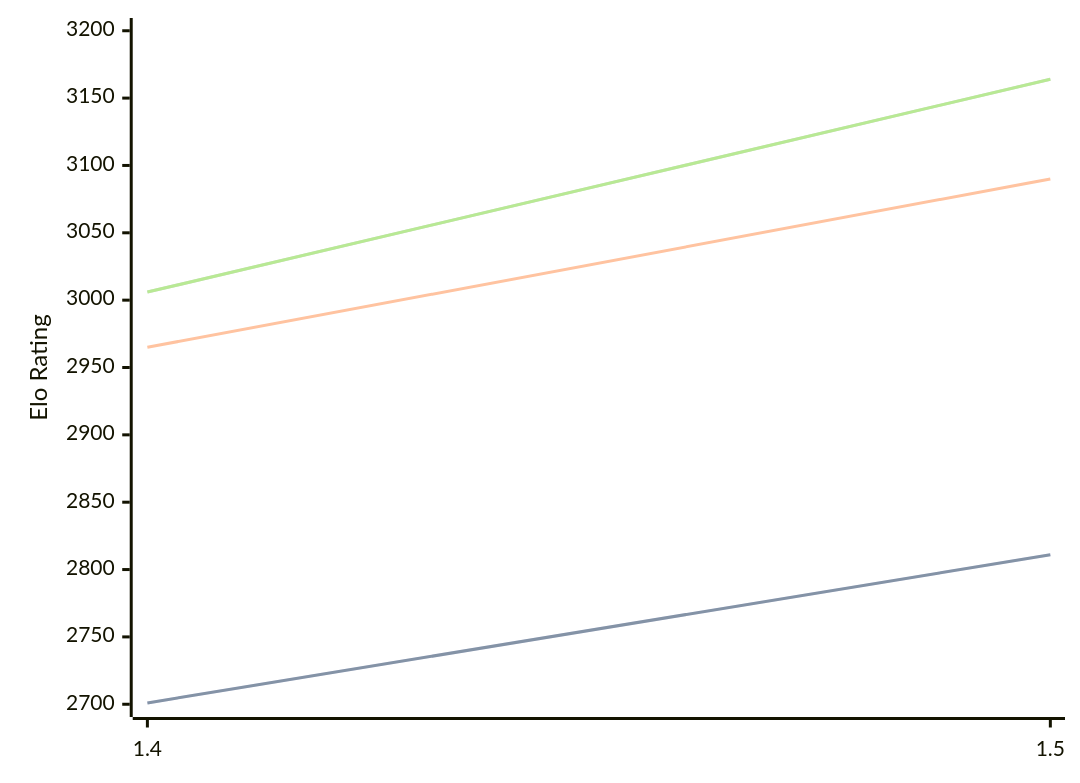
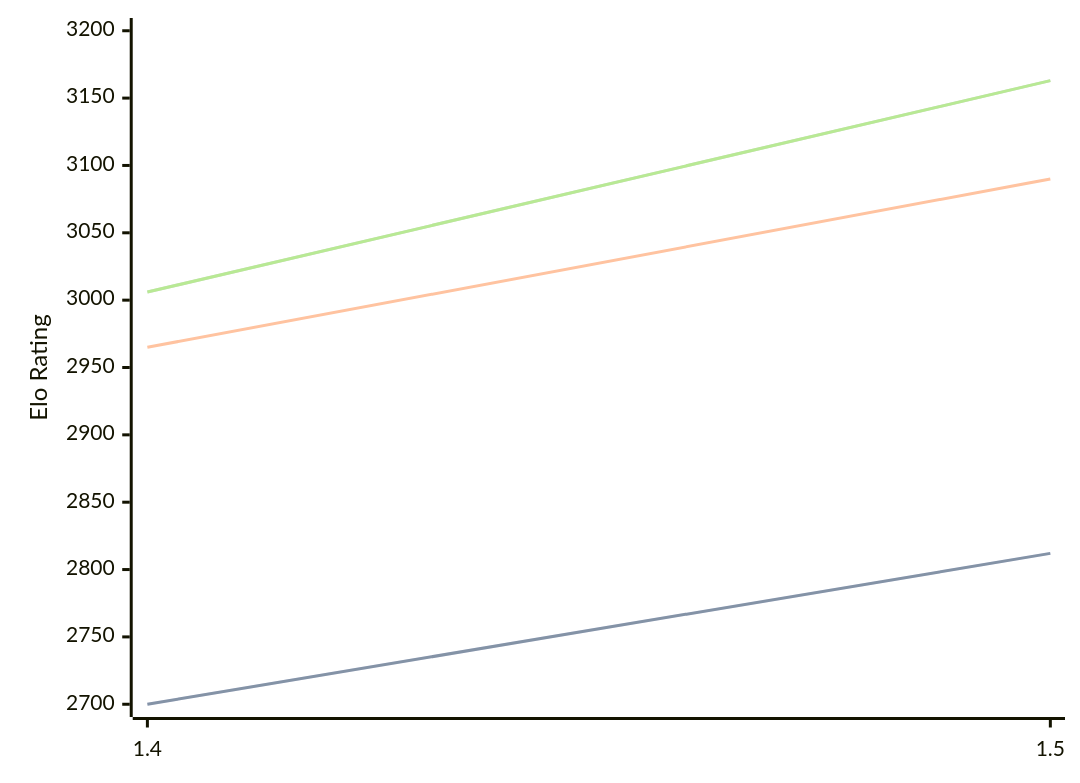
The diagram in engines/Yakka.md (computer-chess-index/cci), drawn with Mermaid before and after one commit. The commit also changed other lines of this file, not shown here.

Commit message:
Update CCI Ratings (ELO VLTC) - 2026-03-03

````diff
--- a/engines/Yakka.md
+++ b/engines/Yakka.md
@@ -34,11 +34,11 @@
 ```mermaid
 %%{init: {"theme":"base","themeVariables":{"seriesColors:['#a3a3a3','#222221','#faa371']}}}%%
 xychart-beta
   x-axis ["1.4", "1.5"]
   y-axis "Elo Rating" 2700 --> 3200
-  line "STC (8.0+0.08s)" [2701, 2811]
-  line "STC (8.0+0.08s)" [2701, 2811]
+  line "STC (8.0+0.08s)" [2700, 2812]
+  line "STC (8.0+0.08s)" [2700, 2812]
   line "LTC (60.0+0.60s)" [2965, 3090]
-  line "VLTC (2m24s+1.12s)" [3006, 3164]
-  line "VLTC (2m24s+1.12s)" [3006, 3164]
+  line "VLTC (2m24s+1.12s)" [3006, 3163]
+  line "VLTC (2m24s+1.12s)" [3006, 3163]
 ```
````
